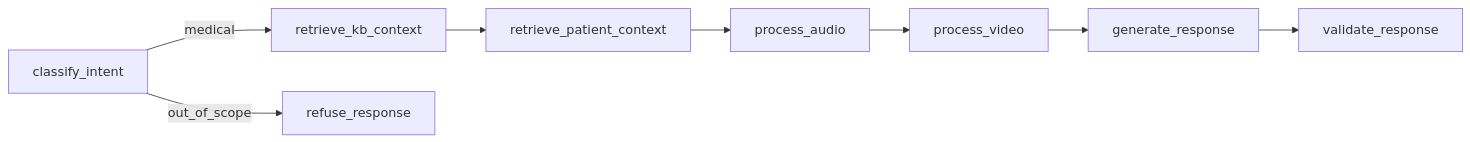
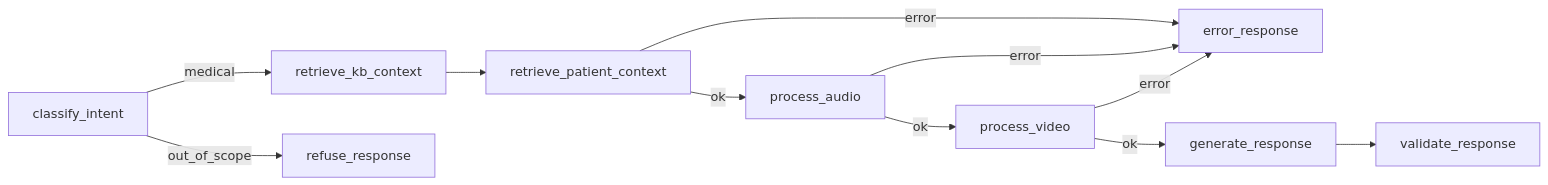
The diagram in docs/reports/Relatorio_Tecnico_Tech_Challenge_Fase4.md (DevTheofanes/fiap-ia-challenge-phase-1), drawn with Mermaid before and after one commit. The commit also changed 1 other file, not shown here.

Commit message:
feat: enhance error handling in multimodal processing flow and update audio analysis with classifier

````diff
--- a/docs/reports/Relatorio_Tecnico_Tech_Challenge_Fase4.md
+++ b/docs/reports/Relatorio_Tecnico_Tech_Challenge_Fase4.md
@@ -17,10 +17,13 @@
 ```mermaid
 flowchart LR
   A[classify_intent] -->|medical| B[retrieve_kb_context]
   B --> C[retrieve_patient_context]
-  C --> D[process_audio]
-  D --> E[process_video]
-  E --> F[generate_response]
+  C -->|ok| D[process_audio]
+  C -->|error| I[error_response]
+  D -->|ok| E[process_video]
+  D -->|error| I
+  E -->|ok| F[generate_response]
+  E -->|error| I
   F --> G[validate_response]
   A -->|out_of_scope| H[refuse_response]
 ```
````
